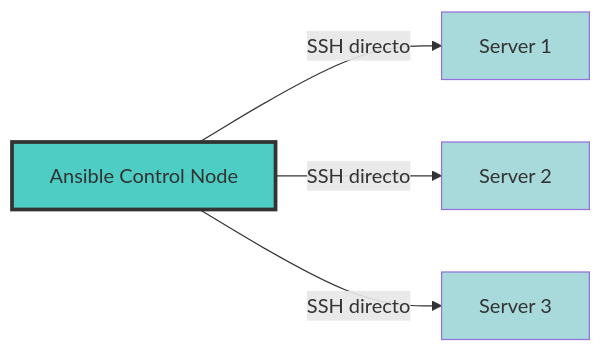
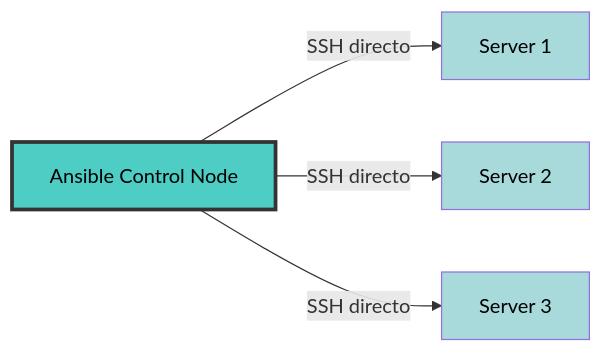
Before and after one commit to pabpereza/pabpereza: the first of 9 diagrams in docs/cursos/ansible/101.Introduccion.mdx, drawn with Mermaid. The commit also changed other lines of this file and 8 other files, not shown here.

````diff
--- a/docs/cursos/ansible/101.Introduccion.mdx
+++ b/docs/cursos/ansible/101.Introduccion.mdx
@@ -124,11 +124,11 @@
 ```mermaid
 graph LR
     A[Ansible Control Node] -->|SSH directo| B[Server 1]
     A -->|SSH directo| C[Server 2]
     A -->|SSH directo| D[Server 3]
 
-    style A fill:#4ecdc4,stroke:#333,stroke-width:3px
-    style B fill:#a8dadc
-    style C fill:#a8dadc
-    style D fill:#a8dadc
+    style A fill:#4ecdc4,stroke:#333,stroke-width:3px,color:#000
+    style B fill:#a8dadc,color:#000
+    style C fill:#a8dadc,color:#000
+    style D fill:#a8dadc,color:#000
 ```
````
